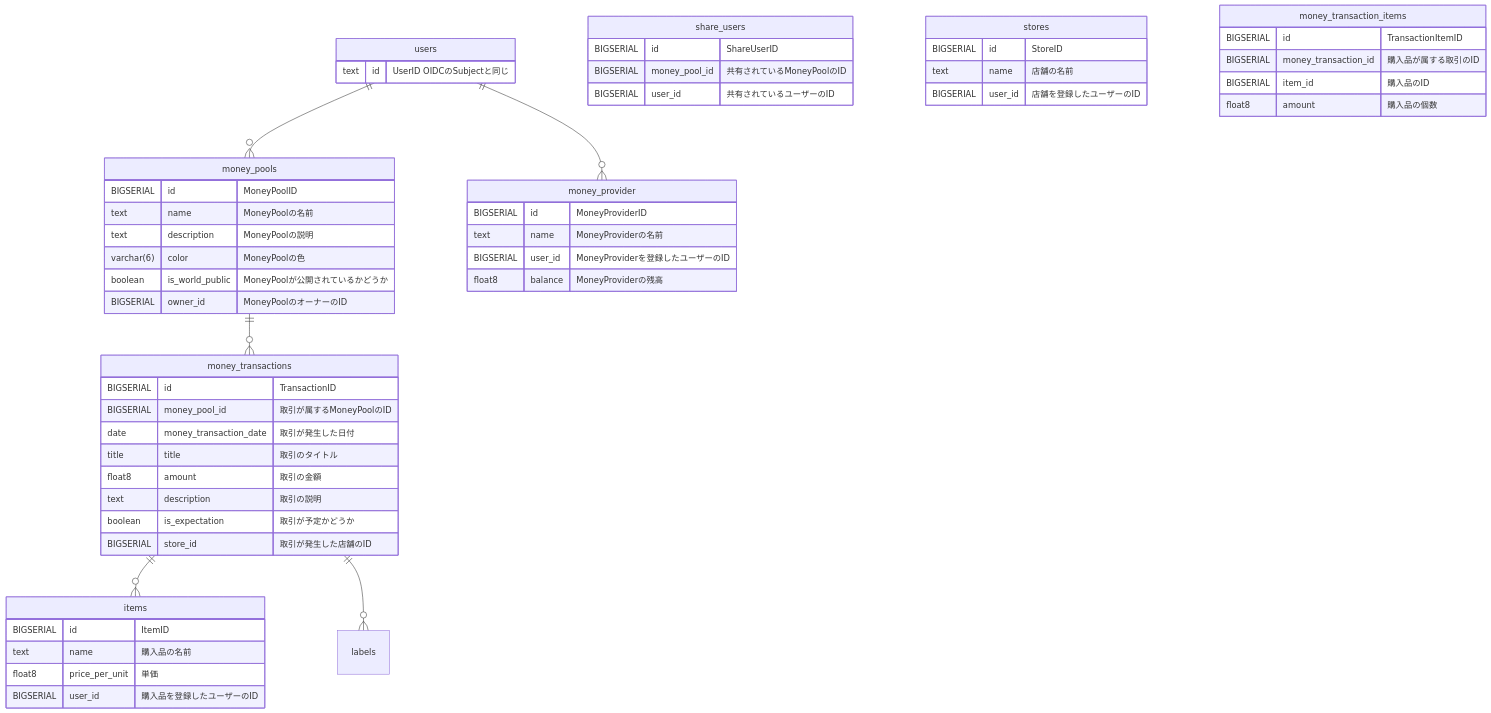
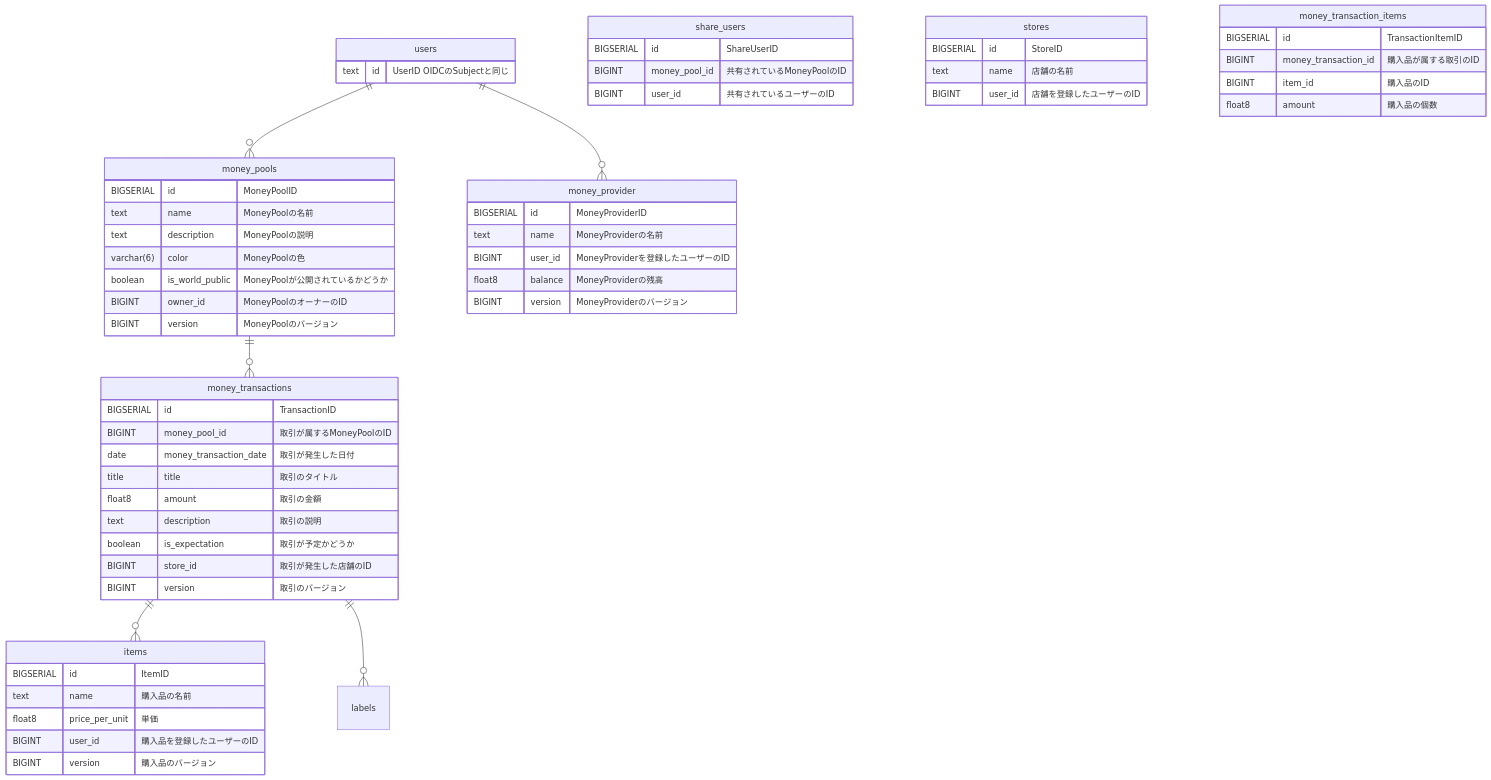
Before and after one commit to walnuts1018/OpenChokin: the diagram in back/readme.md, drawn with Mermaid.

Commit message:
Update data types and add versioning

````diff
--- a/back/readme.md
+++ b/back/readme.md
@@ -1,65 +1,69 @@
 ```mermaid
 erDiagram
   users ||--o{ money_pools : ""
   money_pools ||--o{ money_transactions : ""
   money_transactions ||--o{ items : ""
   money_transactions ||--o{labels: ""
   users ||--o{ money_provider : ""
 
   users {
     text id "UserID OIDCのSubjectと同じ"
   }
 
   money_pools {
     BIGSERIAL id "MoneyPoolID"
     text name "MoneyPoolの名前"
     text description "MoneyPoolの説明"
     varchar(6) color "MoneyPoolの色"
     boolean is_world_public "MoneyPoolが公開されているかどうか"
-    BIGSERIAL owner_id "MoneyPoolのオーナーのID"
+    BIGINT owner_id "MoneyPoolのオーナーのID"
+    BIGINT version "MoneyPoolのバージョン"
   }
 
   share_users {
     BIGSERIAL id "ShareUserID"
-    BIGSERIAL money_pool_id "共有されているMoneyPoolのID"
-    BIGSERIAL user_id "共有されているユーザーのID"
+    BIGINT money_pool_id "共有されているMoneyPoolのID"
+    BIGINT user_id "共有されているユーザーのID"
   }
 
   money_transactions {
     BIGSERIAL id "TransactionID"
-    BIGSERIAL money_pool_id "取引が属するMoneyPoolのID"
+    BIGINT money_pool_id "取引が属するMoneyPoolのID"
     date money_transaction_date "取引が発生した日付"
     title title "取引のタイトル"
     float8 amount "取引の金額"
     text description "取引の説明"
     boolean is_expectation "取引が予定かどうか"
-    BIGSERIAL store_id "取引が発生した店舗のID"
+    BIGINT store_id "取引が発生した店舗のID"
+    BIGINT version "取引のバージョン"
   }
 
   stores {
     BIGSERIAL id "StoreID"
     text name "店舗の名前"
-    BIGSERIAL user_id "店舗を登録したユーザーのID"
+    BIGINT user_id "店舗を登録したユーザーのID"
   }
 
   items {
     BIGSERIAL id "ItemID"
     text name "購入品の名前"
     float8 price_per_unit "単価"
-    BIGSERIAL user_id "購入品を登録したユーザーのID"
+    BIGINT user_id "購入品を登録したユーザーのID"
+    BIGINT version "購入品のバージョン"
   }
 
   money_transaction_items {
     BIGSERIAL id "TransactionItemID"
-    BIGSERIAL money_transaction_id "購入品が属する取引のID"
-    BIGSERIAL item_id "購入品のID"
+    BIGINT money_transaction_id "購入品が属する取引のID"
+    BIGINT item_id "購入品のID"
     float8 amount "購入品の個数"
   }
 
   money_provider {
     BIGSERIAL id "MoneyProviderID"
     text name "MoneyProviderの名前"
-    BIGSERIAL user_id "MoneyProviderを登録したユーザーのID"
+    BIGINT user_id "MoneyProviderを登録したユーザーのID"
     float8 balance "MoneyProviderの残高"
+    BIGINT version "MoneyProviderのバージョン"
   }
 ```
````
